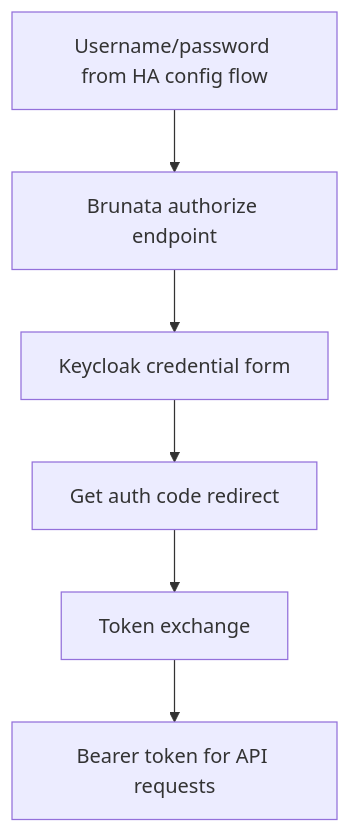
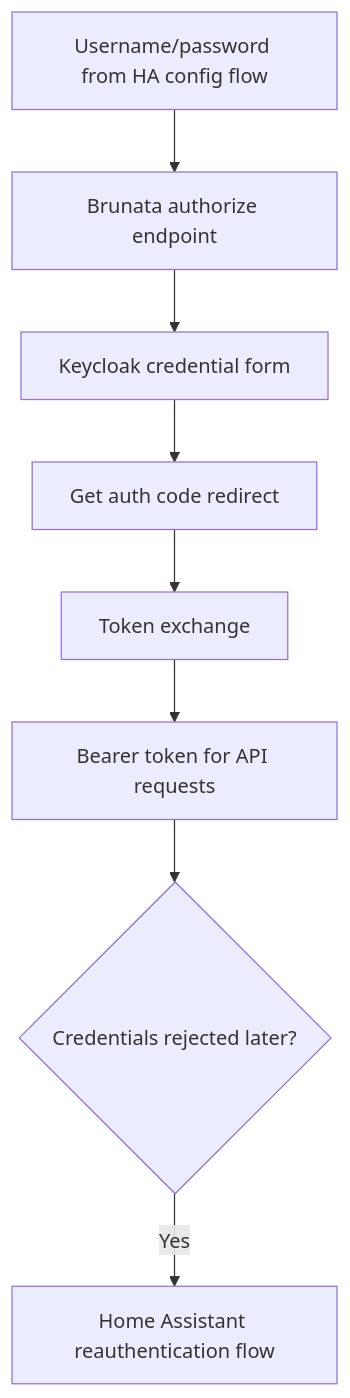
The third of 4 diagrams in README.md (patricklind/brunata-to-home-assistant), drawn with Mermaid before and after one commit. The commit also changed other lines of this file and 13 other files, not shown here.

````diff
--- a/README.md
+++ b/README.md
@@ -62,8 +66,10 @@
 ```mermaid
 flowchart TD
     A["Username/password from HA config flow"] --> B["Brunata authorize endpoint"]
     B --> C["Keycloak credential form"]
     C --> D["Get auth code redirect"]
     D --> E["Token exchange"]
     E --> F["Bearer token for API requests"]
+    F --> G{"Credentials rejected later?"}
+    G -->|Yes| H["Home Assistant reauthentication flow"]
 ```
````
